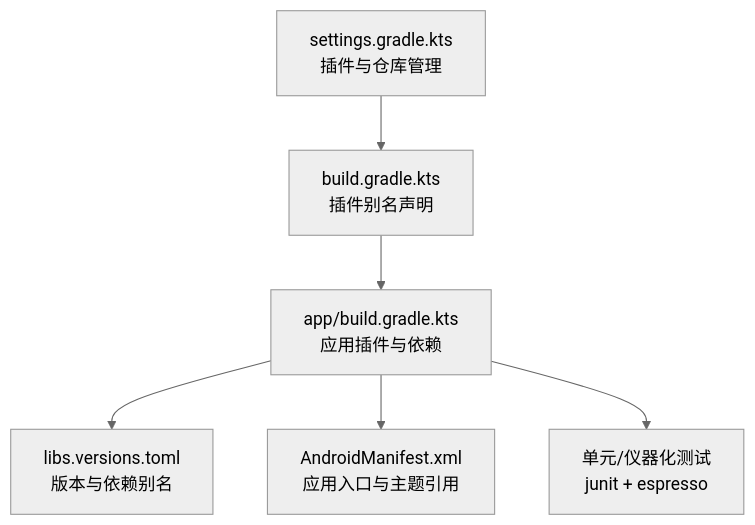
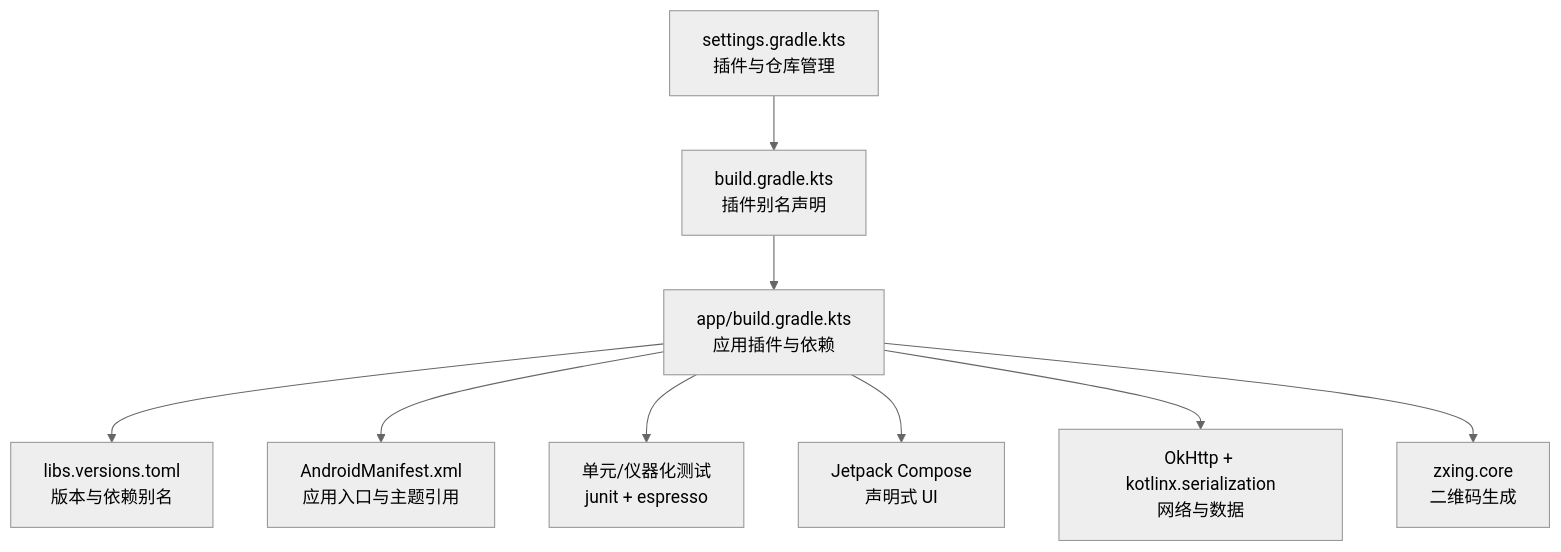
Before and after one commit to cjlhll/bilitv: the second of 3 diagrams in .qoder/repowiki/zh/content/技术栈与依赖.md, drawn with Mermaid (neutral theme). The commit also changed other lines of this file and 8 other files, not shown here.

First line of the commit message:
feat(app): 引入 Jetpack Compose 和相关现代库

````diff
--- a/.qoder/repowiki/zh/content/技术栈与依赖.md
+++ b/.qoder/repowiki/zh/content/技术栈与依赖.md
@@ -94,8 +115,11 @@
 ```mermaid
 graph TB
 Settings["settings.gradle.kts<br/>插件与仓库管理"] --> RootBuild["build.gradle.kts<br/>插件别名声明"]
 RootBuild --> AppBuild["app/build.gradle.kts<br/>应用插件与依赖"]
 AppBuild --> Versions["libs.versions.toml<br/>版本与依赖别名"]
 AppBuild --> Manifest["AndroidManifest.xml<br/>应用入口与主题引用"]
 AppBuild --> Tests["单元/仪器化测试<br/>junit + espresso"]
+AppBuild --> Compose["Jetpack Compose<br/>声明式 UI"]
+AppBuild --> Network["OkHttp + kotlinx.serialization<br/>网络与数据"]
+AppBuild --> QRCode["zxing.core<br/>二维码生成"]
 ```
````
